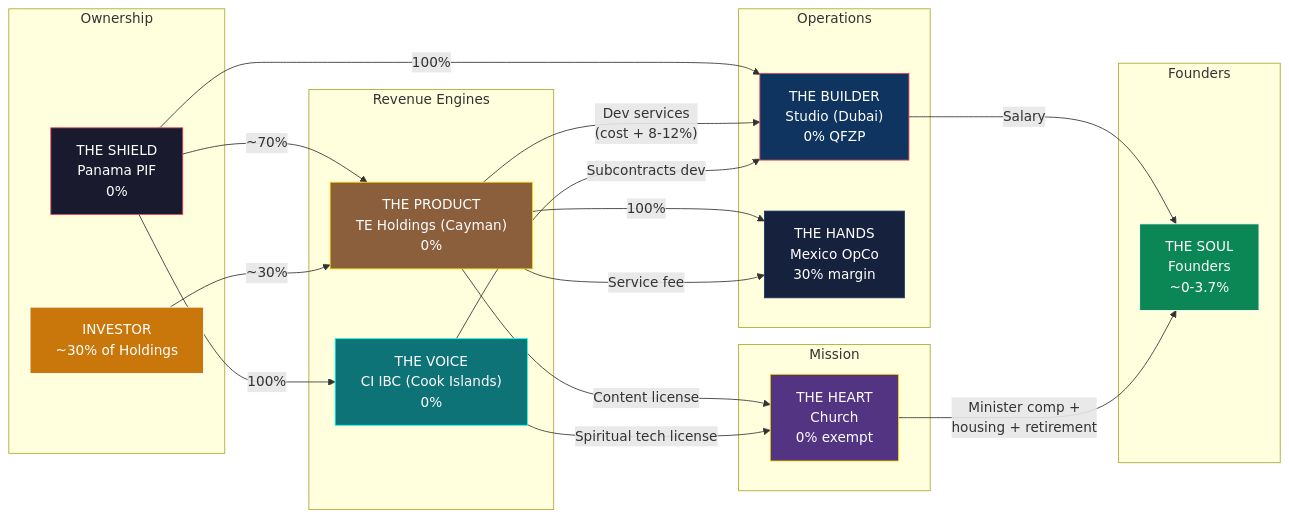
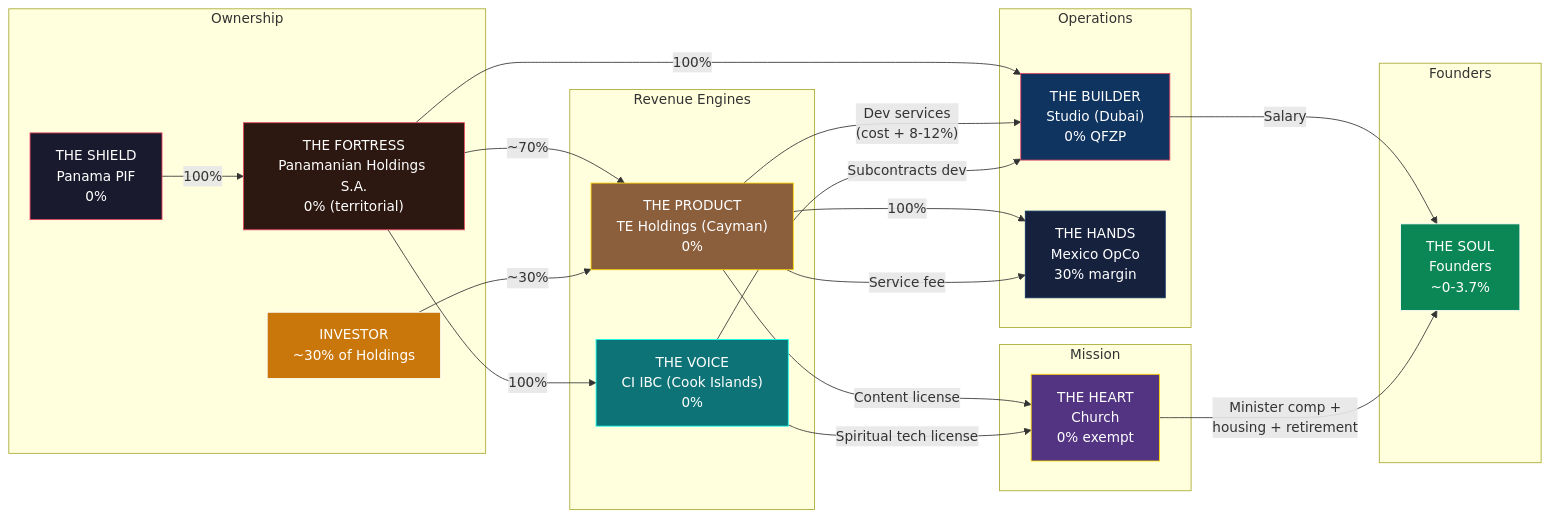
Before and after one commit to Light-Brands/epic-center: diagram 15 of 16 in docs/tax-structure/01-MASTER-STRUCTURE.md, drawn with Mermaid. The commit also changed other lines of this file and 9 other files, not shown here.

First line of the commit message:
Insert Panamanian Holdings S.A. between PIF and operating entities

````diff
--- a/docs/tax-structure/01-MASTER-STRUCTURE.md
+++ b/docs/tax-structure/01-MASTER-STRUCTURE.md
@@ -484,49 +515,52 @@
 ```mermaid
 graph LR
     subgraph ownership["Ownership"]
         SHIELD["THE SHIELD<br/>Panama PIF<br/>0%"]
+        FORTRESS["THE FORTRESS<br/>Panamanian Holdings S.A.<br/>0% (territorial)"]
         INVESTOR["INVESTOR<br/>~30% of Holdings"]
     end
 
     subgraph revenue["Revenue Engines"]
         PRODUCT["THE PRODUCT<br/>TE Holdings (Cayman)<br/>0%"]
         VOICE["THE VOICE<br/>CI IBC (Cook Islands)<br/>0%"]
     end
 
     subgraph operations["Operations"]
         BUILDER["THE BUILDER<br/>Studio (Dubai)<br/>0% QFZP"]
         HANDS["THE HANDS<br/>Mexico OpCo<br/>30% margin"]
     end
 
     subgraph mission["Mission"]
         HEART["THE HEART<br/>Church<br/>0% exempt"]
     end
 
     subgraph founders["Founders"]
         SOUL["THE SOUL<br/>Founders<br/>~0-3.7%"]
     end
 
-    SHIELD -->|"~70%"| PRODUCT
+    SHIELD -->|"100%"| FORTRESS
+    FORTRESS -->|"~70%"| PRODUCT
     INVESTOR -->|"~30%"| PRODUCT
-    SHIELD -->|"100%"| BUILDER
-    SHIELD -->|"100%"| VOICE
+    FORTRESS -->|"100%"| BUILDER
+    FORTRESS -->|"100%"| VOICE
     PRODUCT -->|"100%"| HANDS
 
     PRODUCT -->|"Dev services<br/>(cost + 8-12%)"| BUILDER
     PRODUCT -->|"Service fee"| HANDS
     PRODUCT -->|"Content license"| HEART
     VOICE -->|"Subcontracts dev"| BUILDER
     VOICE -->|"Spiritual tech license"| HEART
 
     BUILDER -->|"Salary"| SOUL
     HEART -->|"Minister comp +<br/>housing + retirement"| SOUL
 
     style PRODUCT fill:#8b5e3c,stroke:#ffd700,color:#fff
     style BUILDER fill:#0f3460,stroke:#e94560,color:#fff
     style VOICE fill:#0d7377,stroke:#14ffec,color:#fff
     style SHIELD fill:#1a1a2e,stroke:#e94560,color:#fff
+    style FORTRESS fill:#2c1810,stroke:#e94560,color:#fff
     style HEART fill:#533483,stroke:#ffd700,color:#fff
     style HANDS fill:#16213e,stroke:#0f3460,color:#fff
     style SOUL fill:#0a8754,stroke:#fff,color:#fff
     style INVESTOR fill:#c9770a,stroke:#fff,color:#fff
 ```
````
